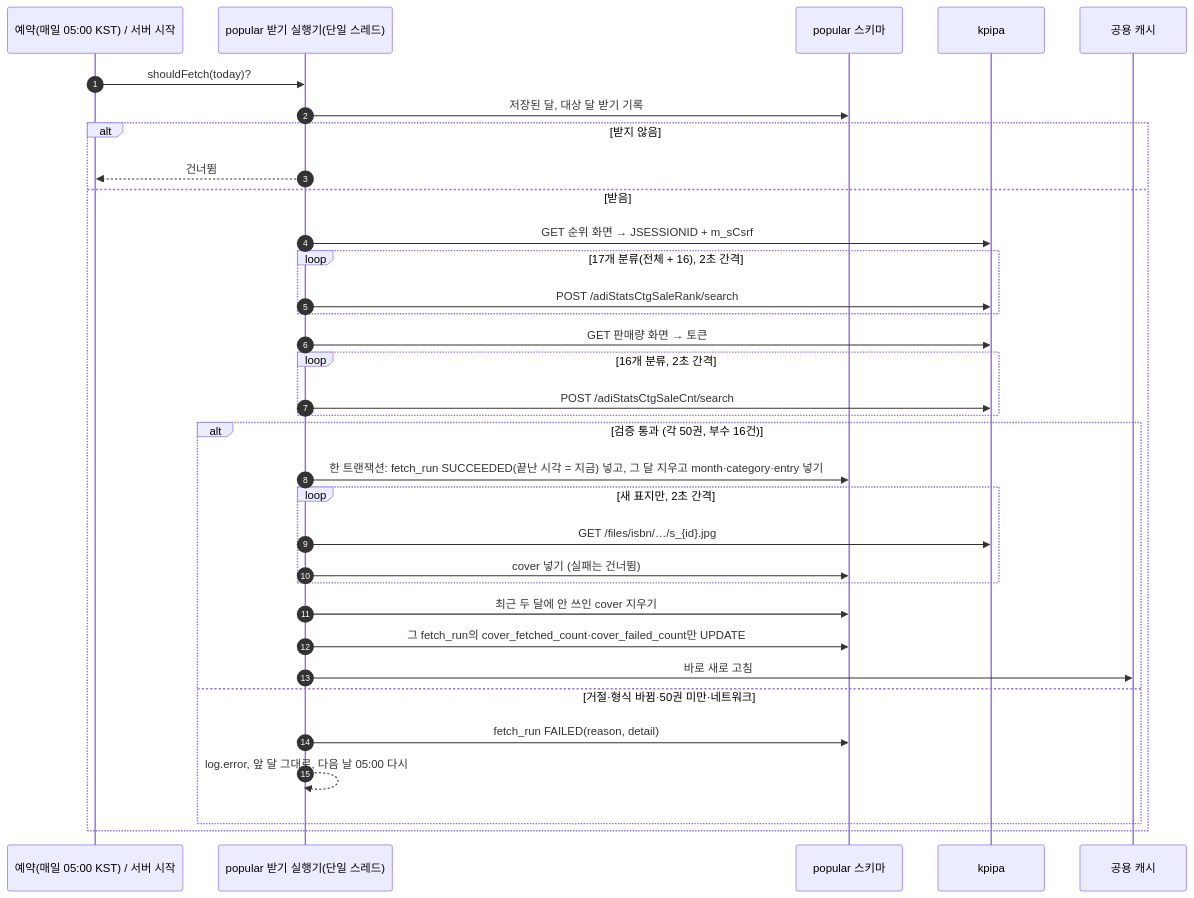
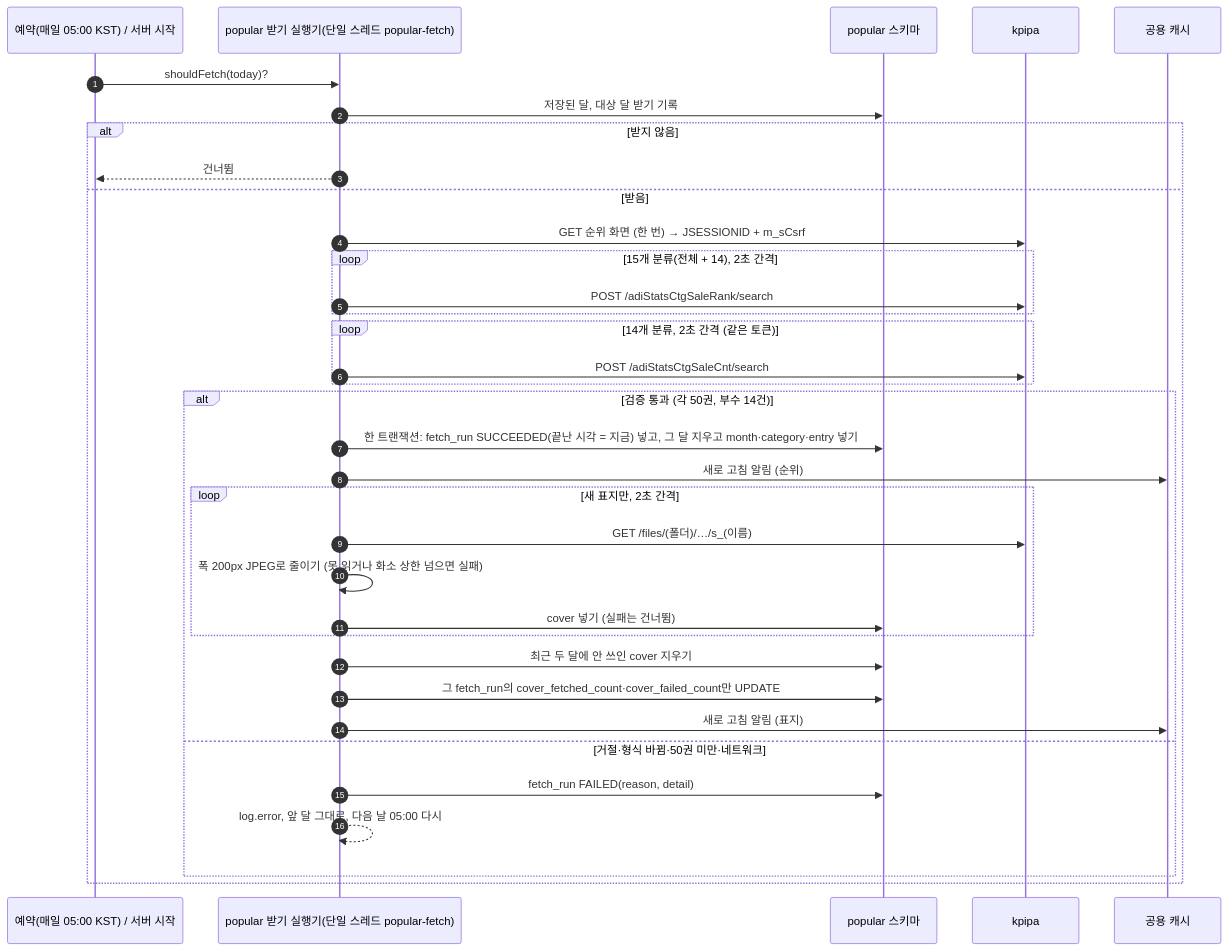
One commit to hodu-sketch/chaekcheck-plan changed diagram 27 of 34 in docs/current/flows.md. Above: the diagram before and after it, drawn with Mermaid. The commit also changed other lines of this file and 20 other files, not shown here.

````diff
--- a/docs/current/flows.md
+++ b/docs/current/flows.md
@@ -794,36 +797,37 @@
 ```mermaid
 sequenceDiagram
   autonumber
   participant T as 예약(매일 05:00 KST) / 서버 시작
-  participant J as popular 받기 실행기(단일 스레드)
+  participant J as popular 받기 실행기(단일 스레드 popular-fetch)
   participant DB as popular 스키마
   participant K as kpipa
   participant C as 공용 캐시
   T->>J: shouldFetch(today)?
   J->>DB: 저장된 달, 대상 달 받기 기록
   alt 받지 않음
     J-->>T: 건너뜀
   else 받음
-    J->>K: GET 순위 화면 → JSESSIONID + m_sCsrf
-    loop 17개 분류(전체 + 16), 2초 간격
+    J->>K: GET 순위 화면 (한 번) → JSESSIONID + m_sCsrf
+    loop 15개 분류(전체 + 14), 2초 간격
       J->>K: POST /adiStatsCtgSaleRank/search
     end
-    J->>K: GET 판매량 화면 → 토큰
-    loop 16개 분류, 2초 간격
+    loop 14개 분류, 2초 간격 (같은 토큰)
       J->>K: POST /adiStatsCtgSaleCnt/search
     end
-    alt 검증 통과 (각 50권, 부수 16건)
+    alt 검증 통과 (각 50권, 부수 14건)
       J->>DB: 한 트랜잭션: fetch_run SUCCEEDED(끝난 시각 = 지금) 넣고, 그 달 지우고 month·category·entry 넣기
+      J->>C: 새로 고침 알림 (순위)
       loop 새 표지만, 2초 간격
-        J->>K: GET /files/isbn/…/s_{id}.jpg
+        J->>K: GET /files/(폴더)/…/s_(이름)
+        J->>J: 폭 200px JPEG로 줄이기 (못 읽거나 화소 상한 넘으면 실패)
         J->>DB: cover 넣기 (실패는 건너뜀)
       end
       J->>DB: 최근 두 달에 안 쓰인 cover 지우기
       J->>DB: 그 fetch_run의 cover_fetched_count·cover_failed_count만 UPDATE
-      J->>C: 바로 새로 고침
+      J->>C: 새로 고침 알림 (표지)
     else 거절·형식 바뀜·50권 미만·네트워크
       J->>DB: fetch_run FAILED(reason, detail)
       J-->>J: log.error, 앞 달 그대로, 다음 날 05:00 다시
     end
   end
 ```
````
